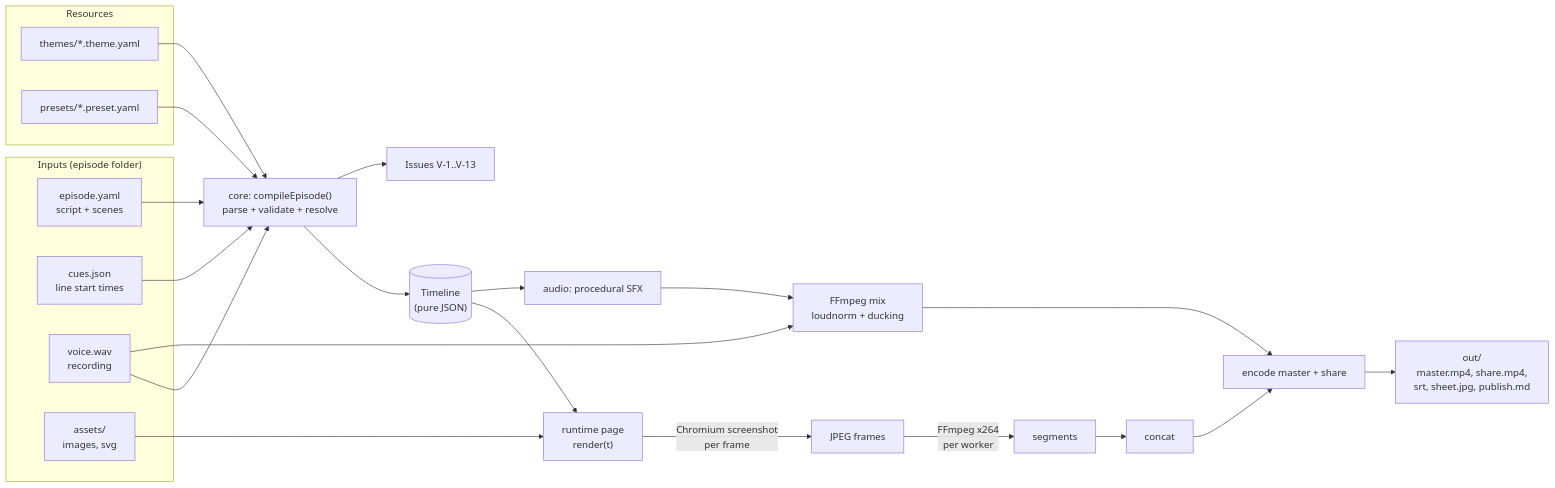
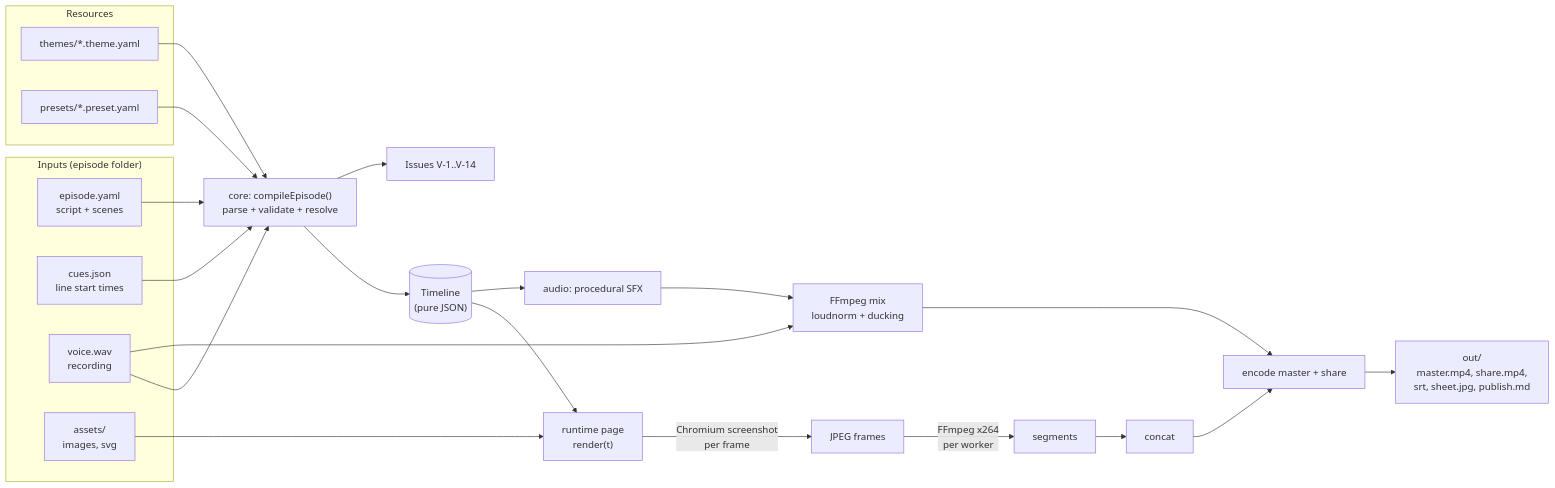
The first of 24 diagrams in docs/architecture-ar.md (TerminalDZ/vidcreat), drawn with Mermaid before and after one commit. The commit also changed other lines of this file and 9 other files, not shown here.

````diff
--- a/docs/architecture-ar.md
+++ b/docs/architecture-ar.md
@@ -91,33 +92,33 @@
 ```mermaid
 flowchart LR
     subgraph IN["Inputs (episode folder)"]
         Y["episode.yaml<br/>script + scenes"]
         C["cues.json<br/>line start times"]
         V["voice.wav<br/>recording"]
         A["assets/<br/>images, svg"]
     end
     subgraph RES["Resources"]
         T["themes/*.theme.yaml"]
         P["presets/*.preset.yaml"]
     end
 
     Y --> CMP
     C --> CMP
     V --> CMP
     T --> CMP
     P --> CMP
     CMP["core: compileEpisode()<br/>parse + validate + resolve"] --> TL[("Timeline<br/>(pure JSON)")]
-    CMP --> ISS["Issues V-1..V-13"]
+    CMP --> ISS["Issues V-1..V-14"]
 
     TL --> RT["runtime page<br/>render(t)"]
     A --> RT
     RT -->|"Chromium screenshot<br/>per frame"| FR["JPEG frames"]
     FR -->|"FFmpeg x264<br/>per worker"| SEG["segments"]
     SEG --> CAT["concat"]
     TL --> SFX["audio: procedural SFX"]
     V --> MIX["FFmpeg mix<br/>loudnorm + ducking"]
     SFX --> MIX
     CAT --> ENC["encode master + share"]
     MIX --> ENC
     ENC --> OUT["out/<br/>master.mp4, share.mp4,<br/>srt, sheet.jpg, publish.md"]
 ```
````
